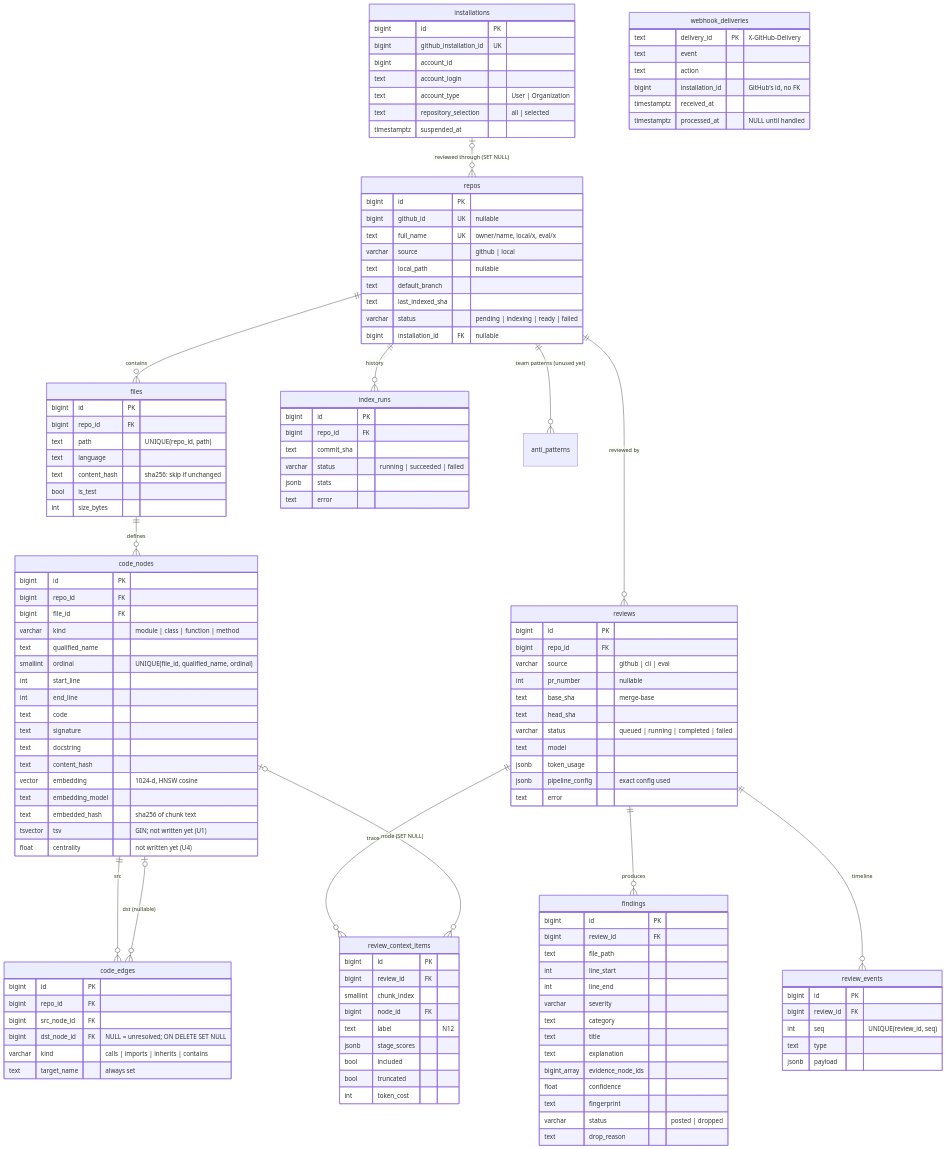
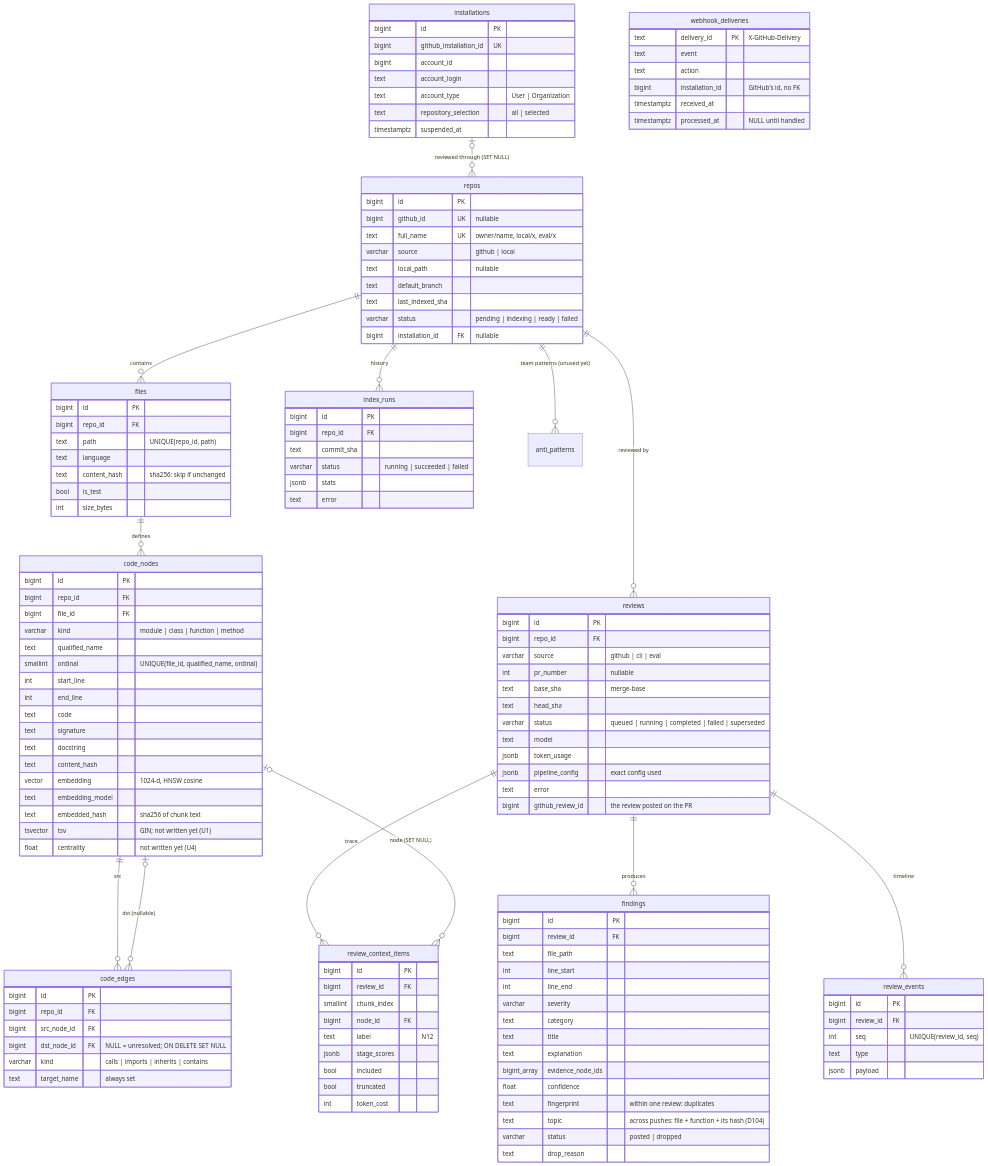
Before and after one commit to RAIF-KARANI/codelens: the third of 10 diagrams in architecture.md, drawn with Mermaid. The commit also changed other lines of this file and 22 other files, not shown here.

First line of the commit message:
feat(github): review pull requests and post the reviews on GitHub (Phase 5 step 3b) (#24)

```diff
--- a/architecture.md
+++ b/architecture.md
@@ -282,11 +283,12 @@
         int pr_number "nullable"
         text base_sha "merge-base"
         text head_sha
-        varchar status "queued | running | completed | failed"
+        varchar status "queued | running | completed | failed | superseded"
         text model
         jsonb token_usage
         jsonb pipeline_config "exact config used"
         text error
+        bigint github_review_id "the review posted on the PR"
     }
     findings {
         bigint id PK
@@ -300,7 +302,8 @@
         text explanation
         bigint_array evidence_node_ids
         float confidence
-        text fingerprint
+        text fingerprint "within one review: duplicates"
+        text topic "across pushes: file + function + its hash (D104)"
         varchar status "posted | dropped"
         text drop_reason
     }
```
